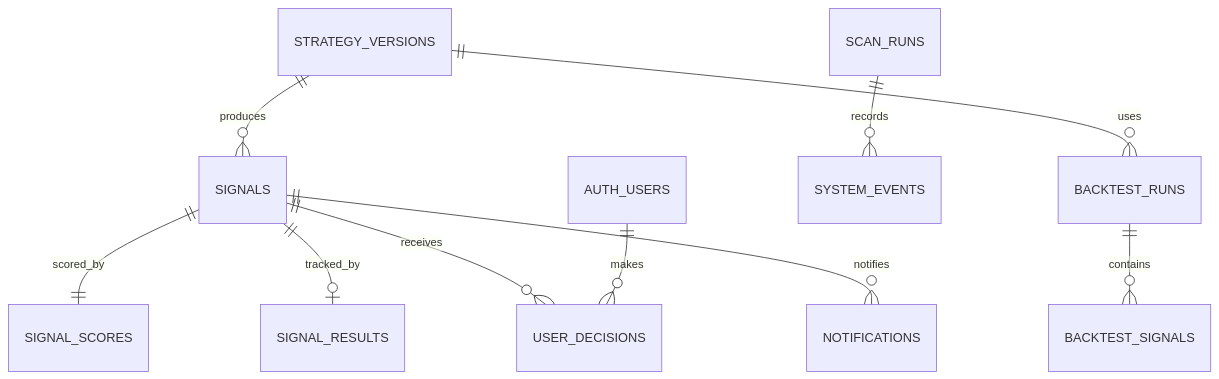
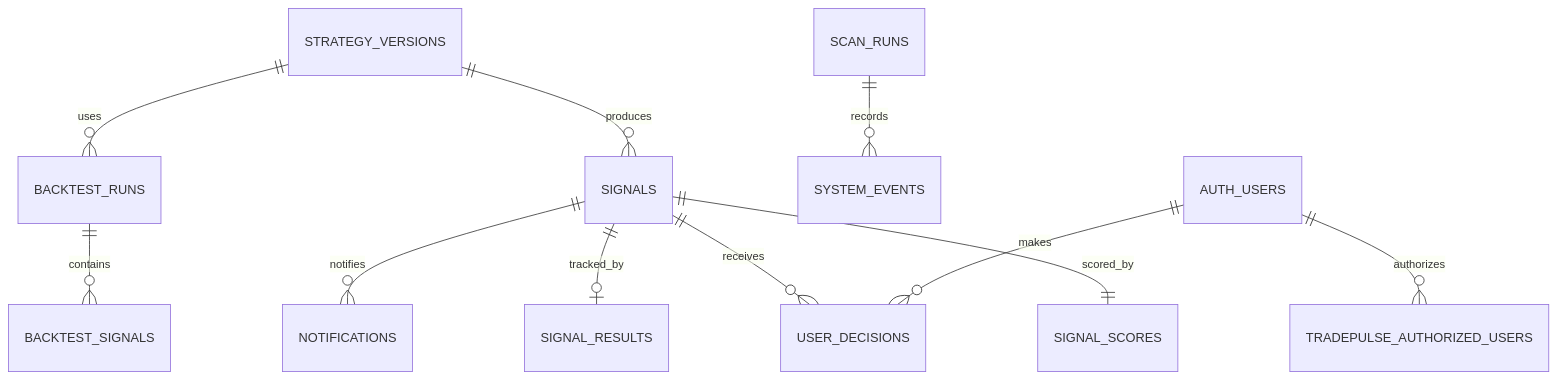
The diagram in docs/DATABASE.md (SengC-it/TradePulse), drawn with Mermaid before and after one commit. The commit also changed other lines of this file and 7 other files, not shown here.

````diff
--- a/docs/DATABASE.md
+++ b/docs/DATABASE.md
@@ -17,12 +22,13 @@
 ```mermaid
 erDiagram
     STRATEGY_VERSIONS ||--o{ SIGNALS : produces
     STRATEGY_VERSIONS ||--o{ BACKTEST_RUNS : uses
     SIGNALS ||--|| SIGNAL_SCORES : scored_by
     SIGNALS ||--o| SIGNAL_RESULTS : tracked_by
     SIGNALS ||--o{ USER_DECISIONS : receives
     SIGNALS ||--o{ NOTIFICATIONS : notifies
     SCAN_RUNS ||--o{ SYSTEM_EVENTS : records
     BACKTEST_RUNS ||--o{ BACKTEST_SIGNALS : contains
     AUTH_USERS ||--o{ USER_DECISIONS : makes
+    AUTH_USERS ||--o{ TRADEPULSE_AUTHORIZED_USERS : authorizes
 ```
````
